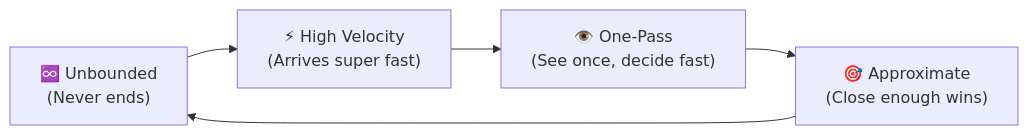
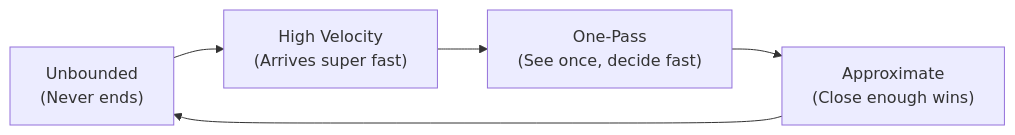
Before and after one commit to NK2552003/Big-Data-Survival-Guide: the first of 8 diagrams in UNITS/UNIT 2/unit-2-english-fun.md, drawn with Mermaid. The commit also changed other lines of this file and 78 other files, not shown here.

````diff
--- a/UNITS/UNIT 2/unit-2-english-fun.md
+++ b/UNITS/UNIT 2/unit-2-english-fun.md
@@ -50,7 +50,7 @@
 ```mermaid
 flowchart LR
-    A["♾️ Unbounded\n(Never ends)"] --> B["⚡ High Velocity\n(Arrives super fast)"]
-    B --> C["👁️ One-Pass\n(See once, decide fast)"]
-    C --> D["🎯 Approximate\n(Close enough wins)"]
-    D --> A
+ A[" Unbounded\n(Never ends)"] --> B[" High Velocity\n(Arrives super fast)"]
+ B --> C[" One-Pass\n(See once, decide fast)"]
+ C --> D[" Approximate\n(Close enough wins)"]
+ D --> A
 ```
````
